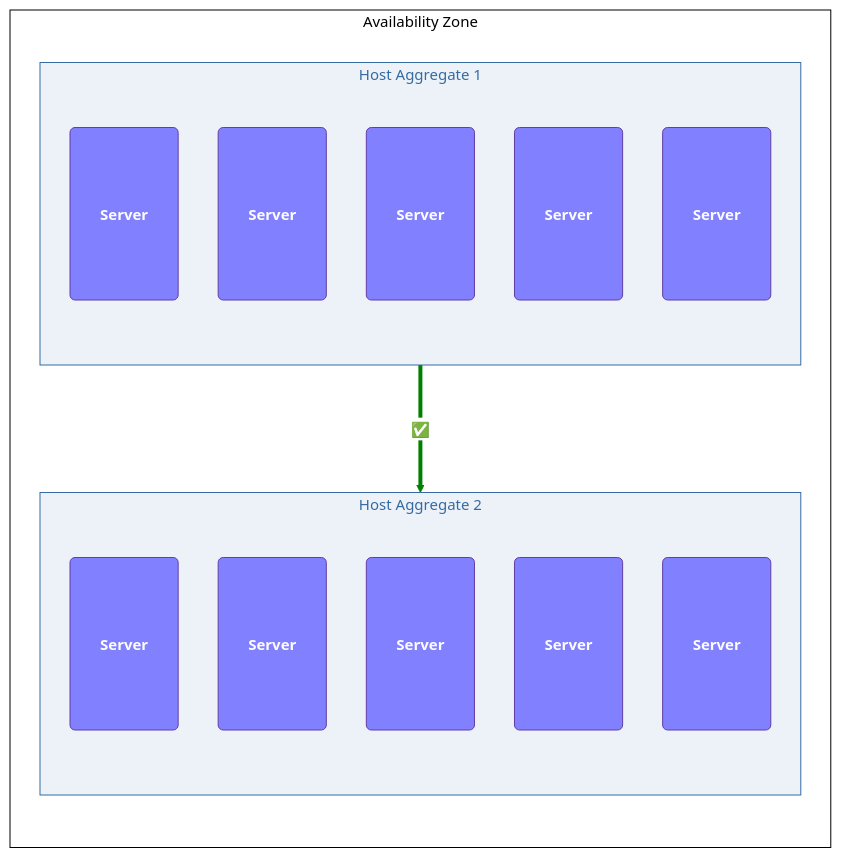
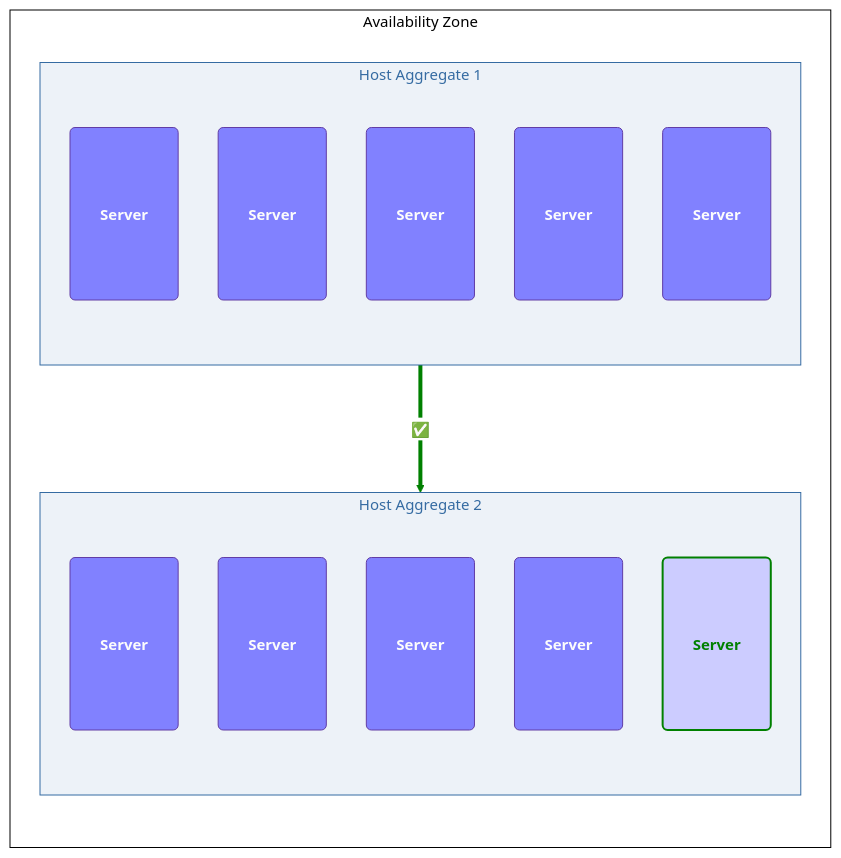
Before and after one commit to OpenStackKen/genestack: the second of 3 diagrams in docs/content/design-guide/cloud-design/host-aggregates.md, drawn with Mermaid. The commit also changed 2 other files, not shown here.

Commit message:
Design Guide mermaid.js diagram updates

````diff
--- a/docs/content/design-guide/cloud-design/host-aggregates.md
+++ b/docs/content/design-guide/cloud-design/host-aggregates.md
@@ -93,49 +93,51 @@
 ```mermaid
 ---
 config:
   theme: neutral
   themeVariables:
     fontSize: 15px
   flowchart:
     curve: basis
     nodeSpacing: 40
     rankSpacing: 80
 ---
 flowchart TB
 
     subgraph AZ [ Availability Zone ]
         direction TB
         subgraph HA2 [ Host Aggregate 2 ]
             direction TB
             HOST21(<div style="padding: 4em 1em; font-weight:bold;">Server</div>)
             HOST22(<div style="padding: 4em 1em; font-weight:bold;">Server</div>)
             HOST23(<div style="padding: 4em 1em; font-weight:bold;">Server</div>)
             HOST24(<div style="padding: 4em 1em; font-weight:bold;">Server</div>)
             HOST25(<div style="padding: 4em 1em; font-weight:bold;">Server</div>)
         end
         subgraph HA1 [ Host Aggregate 1 ]
             direction TB
             HOST11(<div style="padding: 4em 1em; font-weight:bold;">Server</div>)
             HOST12(<div style="padding: 4em 1em; font-weight:bold;">Server</div>)
             HOST13(<div style="padding: 4em 1em; font-weight:bold;">Server</div>)
             HOST14(<div style="padding: 4em 1em; font-weight:bold;">Server</div>)
             HOST15(<div style="padding: 4em 1em; font-weight:bold;">Server</div>)
         end
     end
 
 HOST11 -- #9989; --> HOST25
 
 class HOST11,HOST12,HOST13,HOST14,HOST15 host
-class HOST21,HOST22,HOST23,HOST24,HOST25 host
+class HOST25 target
+class HOST21,HOST22,HOST23,HOST24 host
 class HOST31,HOST32,HOST33,HOST34,HOST35 host
 class HOST41,HOST42,HOST43,HOST44,HOST45 host
 class HA1,HA2,HA3,HA4 hostagg
 class AZ az
 
 %% Display Classes
     classDef host           fill:#8181ff,stroke:#613da6,color:#fcfcfc;
     classDef hostagg        fill:#edf2f8,stroke:#356ba2,color:#356ba2;
     classDef az             fill:none,stroke:#000,color:#000;
+    classDef target         color:green,fill:#ccf,stroke:green,stroke-width:2px;
 
     linkStyle 0 stroke-width:4px,fill:green,stroke:green,background-color:none;
 ```
````
